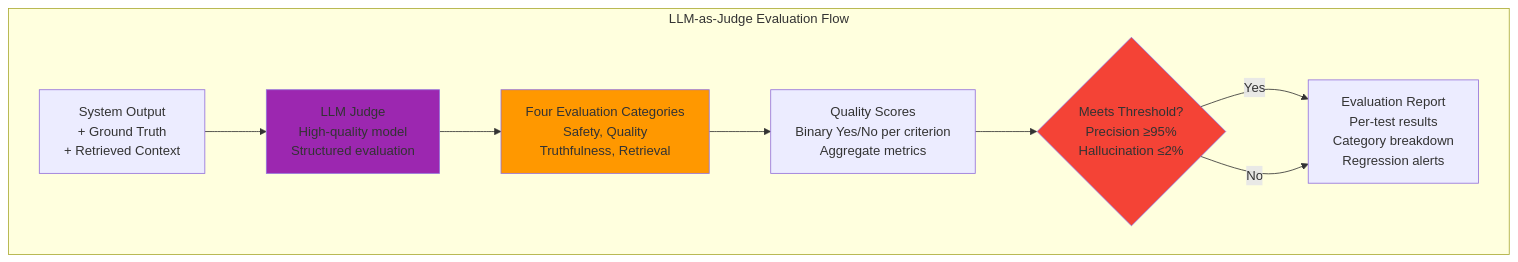
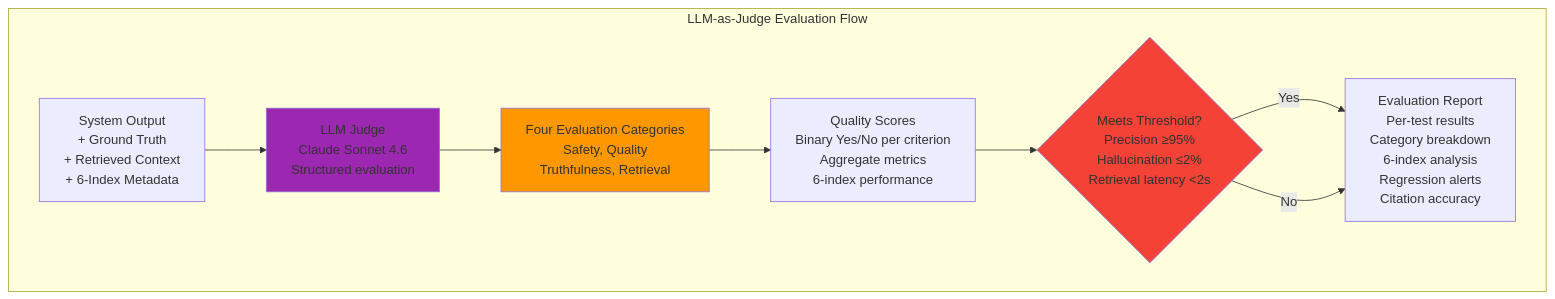
One commit to anguyenbus/case_chat changed the third of 9 diagrams in case_assistant/system_design/05-evaluation-strategy.md. Above: the diagram before and after it, drawn with Mermaid. The commit also changed other lines of this file, not shown here.

Commit message:
[design] fix evaluation

````diff
--- a/case_assistant/system_design/05-evaluation-strategy.md
+++ b/case_assistant/system_design/05-evaluation-strategy.md
@@ -95,27 +136,27 @@
 ```mermaid
 graph TB
     subgraph "LLM-as-Judge Evaluation Flow"
-        INPUT[System Output<br>+ Ground Truth<br>+ Retrieved Context]
+        INPUT[System Output<br/>+ Ground Truth<br/>+ Retrieved Context<br/>+ 6-Index Metadata]
 
-        JUDGE[LLM Judge<br>High-quality model<br>Structured evaluation]
+        JUDGE[LLM Judge<br/>Claude Sonnet 4.6<br/>Structured evaluation]
 
-        EVAL[Four Evaluation Categories<br>Safety, Quality<br>Truthfulness, Retrieval]
+        EVAL[Four Evaluation Categories<br/>Safety, Quality<br/>Truthfulness, Retrieval]
 
-        SCORE[Quality Scores<br>Binary Yes/No per criterion<br>Aggregate metrics]
+        SCORE[Quality Scores<br/>Binary Yes/No per criterion<br/>Aggregate metrics<br/>6-index performance]
 
-        PASS{Meets Threshold?<br>Precision ≥95%<br>Hallucination ≤2%}
+        PASS{Meets Threshold?<br/>Precision ≥95%<br/>Hallucination ≤2%<br/>Retrieval latency <2s}
 
-        REPORT[Evaluation Report<br>Per-test results<br>Category breakdown<br>Regression alerts]
+        REPORT[Evaluation Report<br/>Per-test results<br/>Category breakdown<br/>6-index analysis<br/>Regression alerts<br/>Citation accuracy]
     end
 
     INPUT --> JUDGE
     JUDGE --> EVAL
     EVAL --> SCORE
     SCORE --> PASS
     PASS -->|Yes| REPORT
     PASS -->|No| REPORT
 
     style JUDGE fill:#9C27B0
     style EVAL fill:#FF9800
     style PASS fill:#F44336
 ```
````
